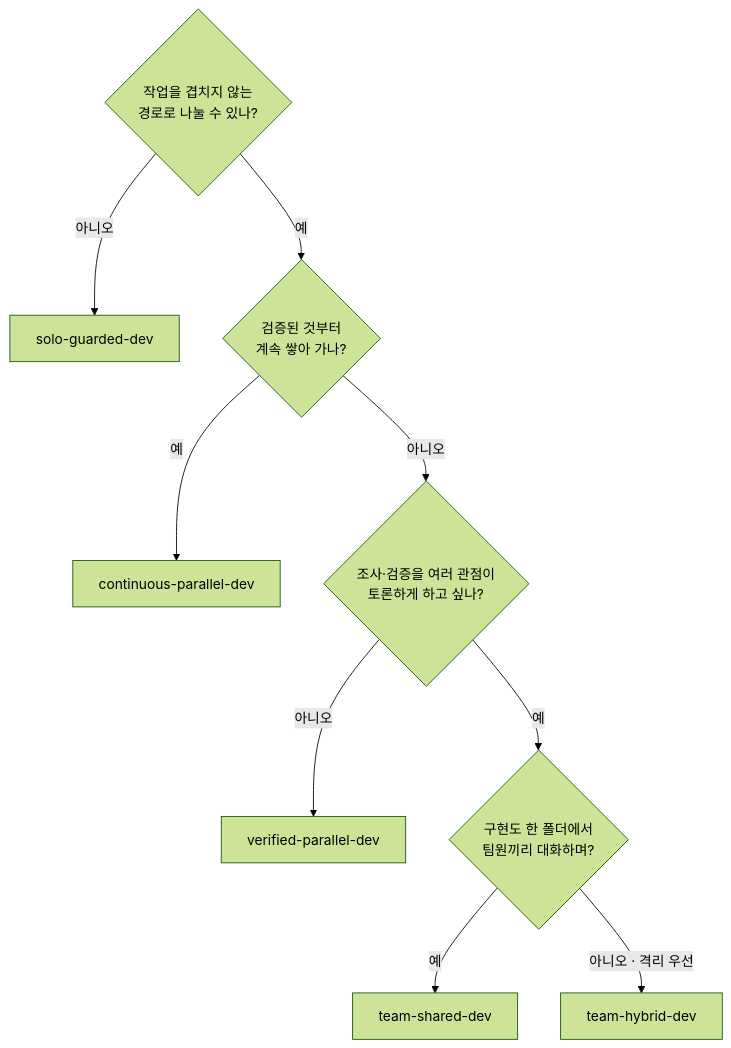
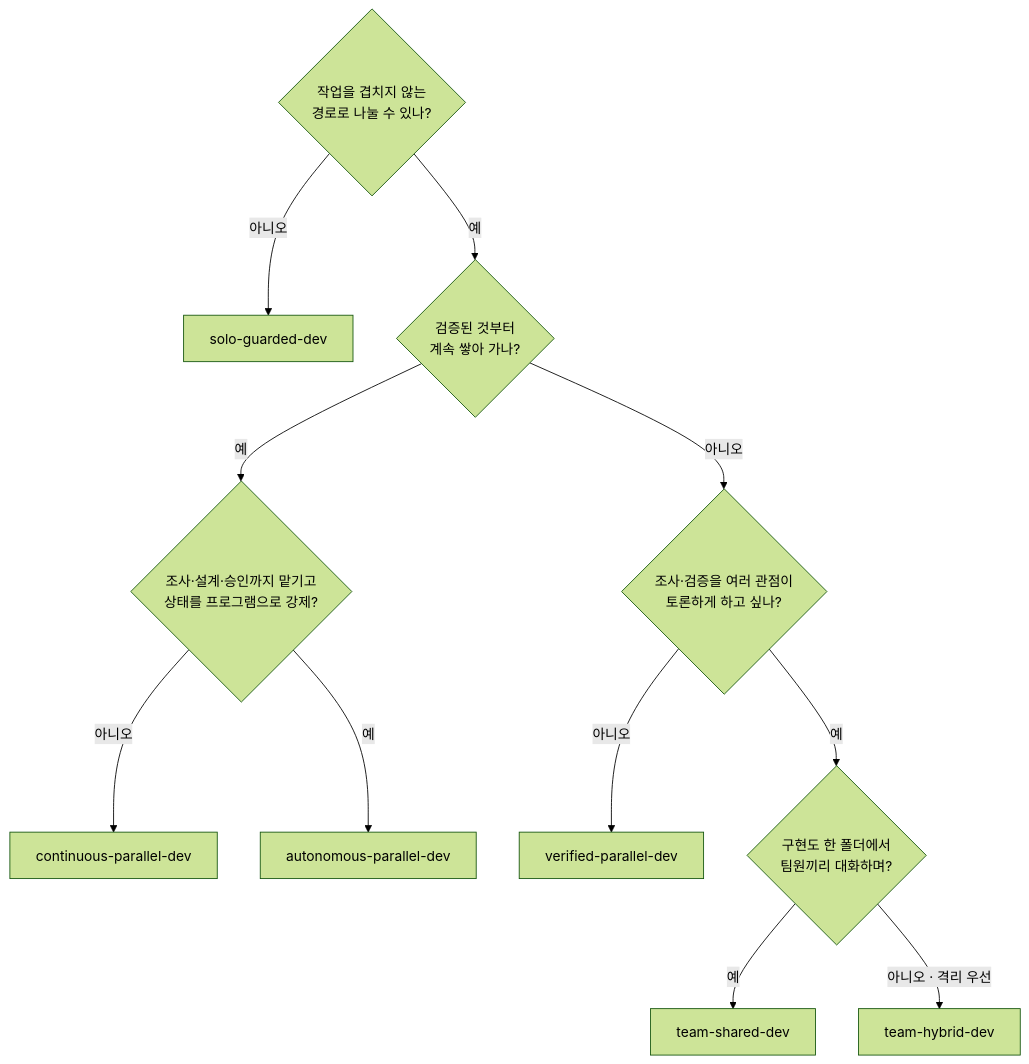
The diagram in README.md (ZaRi1l/harness-templates), drawn with Mermaid (forest theme) before and after one commit. The commit also changed other lines of this file and 17 other files, not shown here.

First line of the commit message:
feat: autonomous-parallel-dev 템플릿 추가 (결정론적 스케줄러, 임시 worktree 통합, 미리보기 승인)

````diff
--- a/README.md
+++ b/README.md
@@ -23,11 +25,13 @@
 ```mermaid
 flowchart TD
     S{"작업을 겹치지 않는<br/>경로로 나눌 수 있나?"} -->|"아니오"| A["solo-guarded-dev"]
     S -->|"예"| P{"검증된 것부터<br/>계속 쌓아 가나?"}
-    P -->|"예"| C["continuous-parallel-dev"]
+    P -->|"예"| AU{"조사·설계·승인까지 맡기고<br/>상태를 프로그램으로 강제?"}
+    AU -->|"아니오"| C["continuous-parallel-dev"]
+    AU -->|"예"| AP["autonomous-parallel-dev"]
     P -->|"아니오"| Q{"조사·검증을 여러 관점이<br/>토론하게 하고 싶나?"}
     Q -->|"아니오"| V["verified-parallel-dev"]
     Q -->|"예"| R{"구현도 한 폴더에서<br/>팀원끼리 대화하며?"}
     R -->|"예"| SH["team-shared-dev"]
     R -->|"아니오 · 격리 우선"| HY["team-hybrid-dev"]
 ```
````
